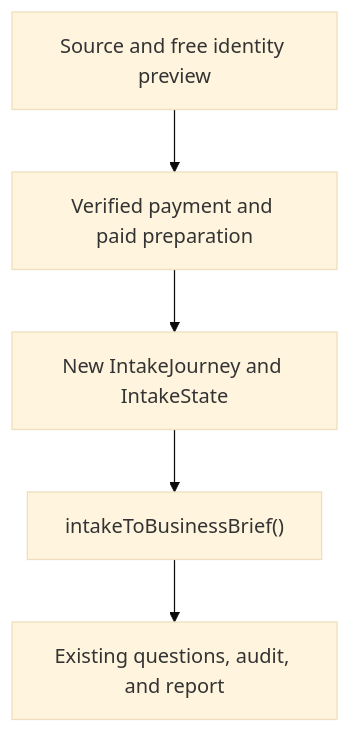
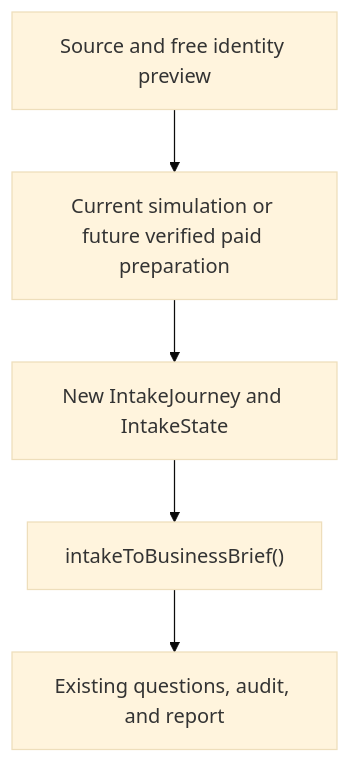
One commit to yasir-mukhtar/nuave_v0.2 changed the diagram in docs/drafts/NUAVE_AIRBNB_INTAKE_CLEAN_REBUILD_PLAN.md. Above: the diagram before and after it, drawn with Mermaid (base theme). The commit also changed other lines of this file, not shown here.

````diff
--- a/docs/drafts/NUAVE_AIRBNB_INTAKE_CLEAN_REBUILD_PLAN.md
+++ b/docs/drafts/NUAVE_AIRBNB_INTAKE_CLEAN_REBUILD_PLAN.md
@@ -166,7 +182,7 @@
 ```mermaid
 flowchart TD
-    A["Source and free identity preview"] --> B["Verified payment and paid preparation"]
+    A["Source and free identity preview"] --> B["Current simulation or future verified paid preparation"]
     B --> C["New IntakeJourney and IntakeState"]
     C --> D["intakeToBusinessBrief()"]
     D --> E["Existing questions, audit, and report"]
 ```
````
